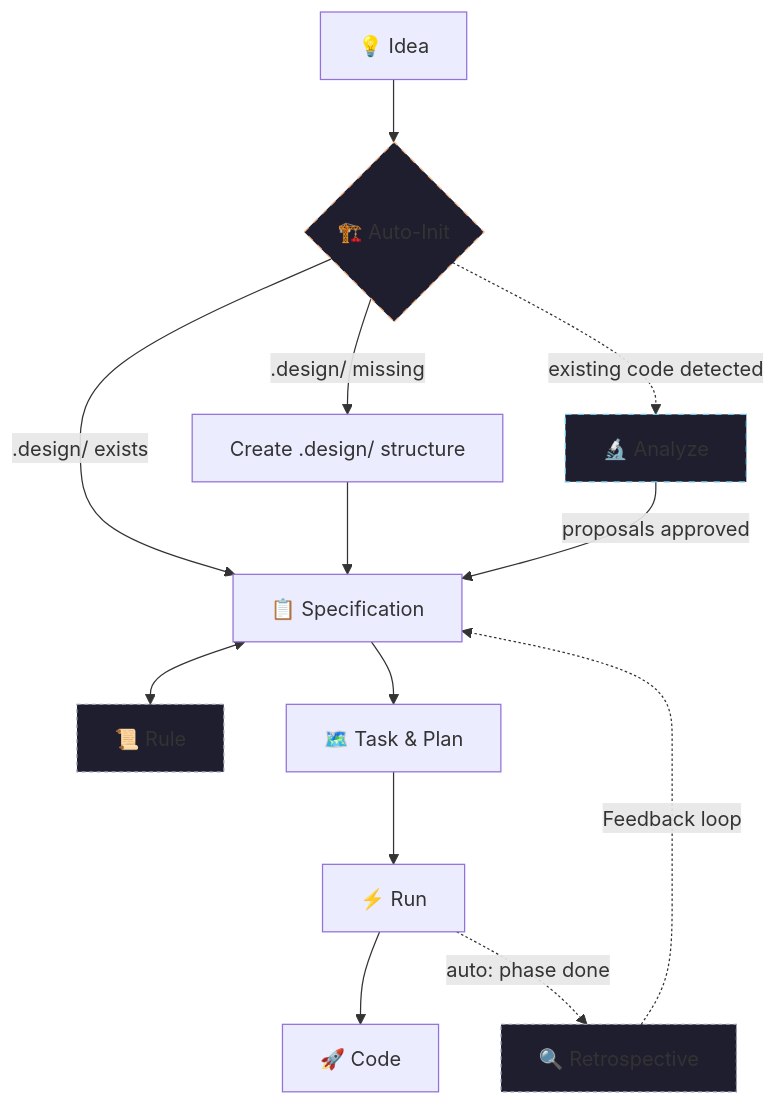
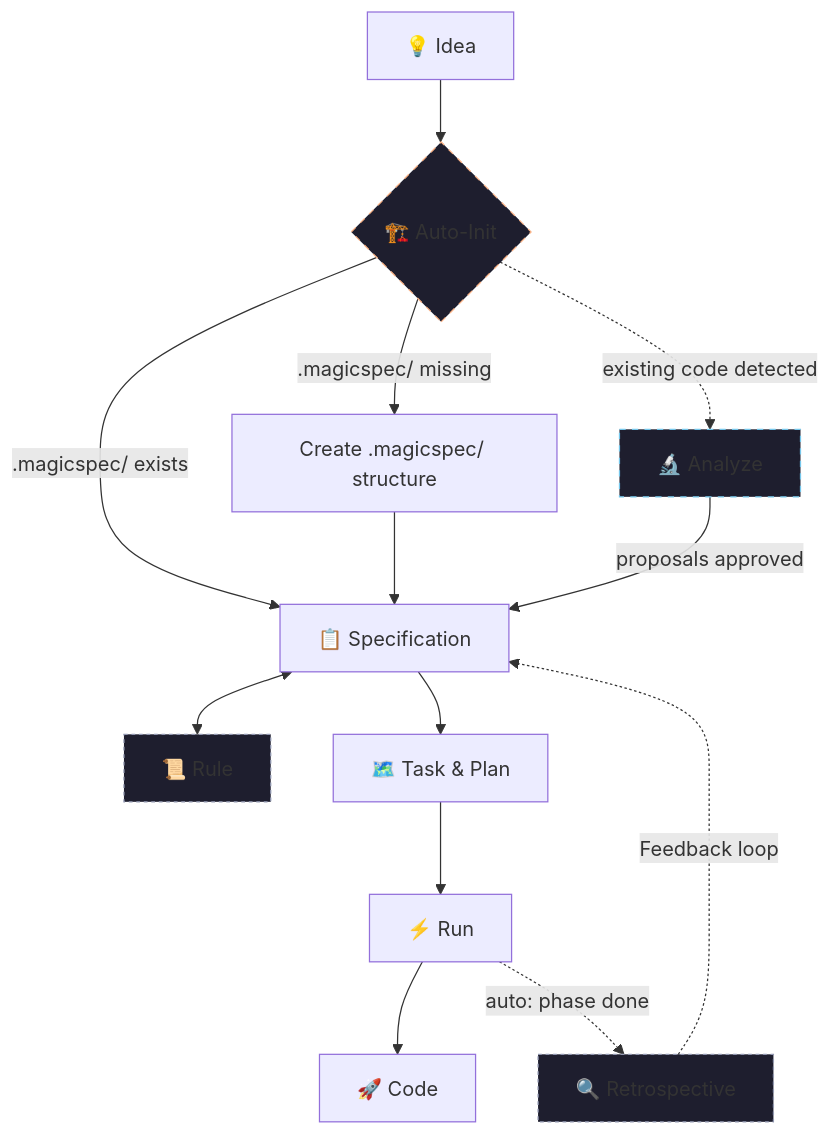
One commit to teratron/magic-spec changed the diagram in docs/README.md. Above: the diagram before and after it, drawn with Mermaid. The commit also changed other lines of this file and 374 other files, not shown here.

````diff
--- a/docs/README.md
+++ b/docs/README.md
@@ -19,19 +19,19 @@
 ```mermaid
 graph TD
     IDEA["💡 Idea"] --> INIT{"🏗️ Auto-Init"}
-    INIT -->|.design/ exists| SPEC
-    INIT -->|.design/ missing| CREATE["Create .design/ structure"] --> SPEC
+    INIT -->|.magicspec/ exists| SPEC
+    INIT -->|.magicspec/ missing| CREATE["Create .magicspec/ structure"] --> SPEC
     INIT -.->|"existing code detected"| ANALYZE["🔬 Analyze"]
     ANALYZE -->|"proposals approved"| SPEC
     SPEC["📋 Specification"] <--> RULE["📜 Rule"]
     SPEC --> TASK["🗺️ Task & Plan"]
     TASK --> RUN["⚡ Run"]
     RUN --> CODE["🚀 Code"]
     RUN -.->|"auto: phase done"| RETRO["🔍 Retrospective"]
     RETRO -.->|Feedback loop| SPEC
 
     style INIT fill:#1e1e2e,stroke:#fab387,stroke-dasharray: 5 5
     style ANALYZE fill:#1e1e2e,stroke:#74c7ec,stroke-dasharray: 5 5
     style RULE fill:#1e1e2e,stroke:#9399b2,stroke-dasharray: 3 3
     style RETRO fill:#1e1e2e,stroke:#9399b2,stroke-dasharray: 3 3
 ```
````
